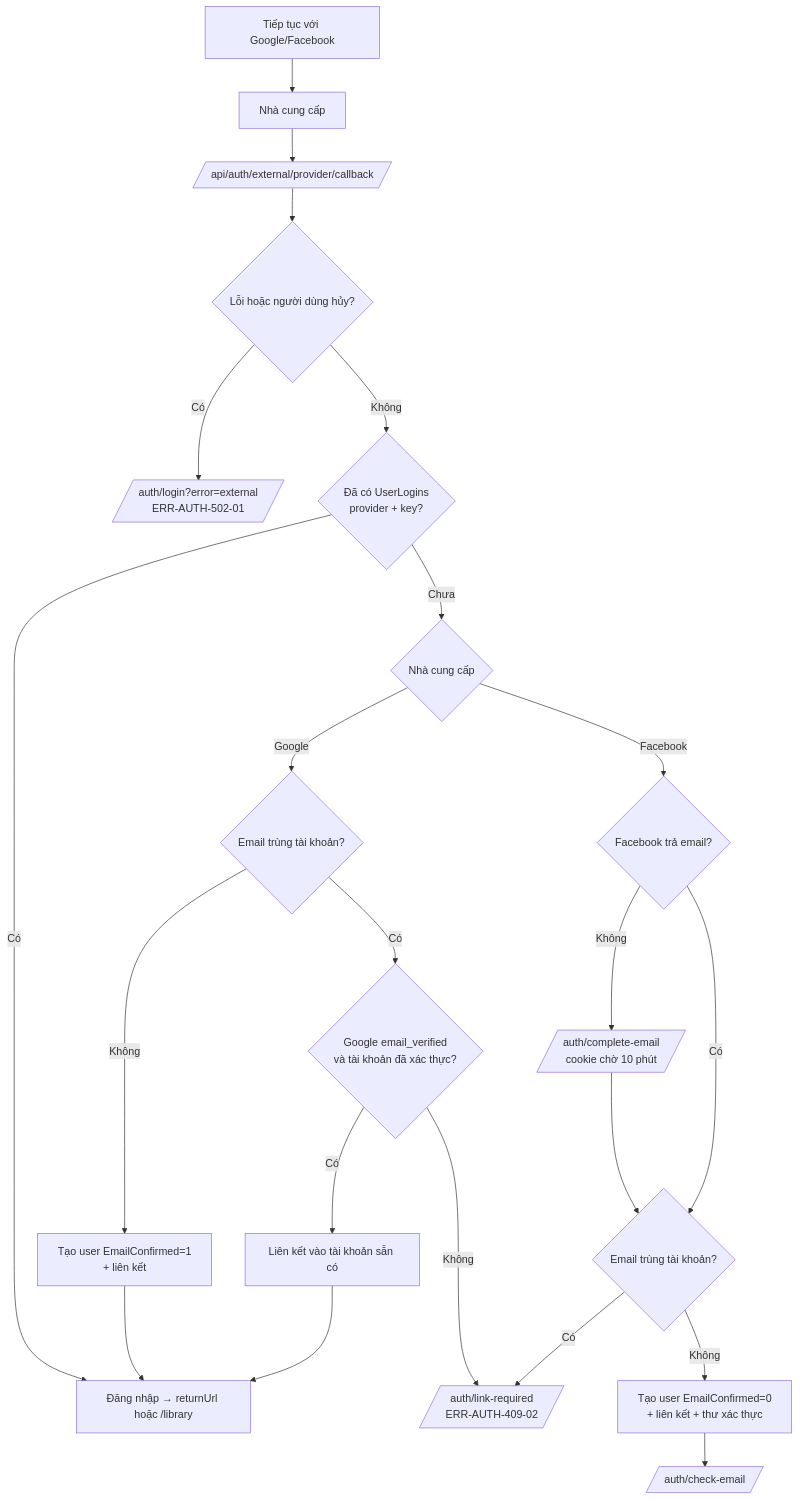
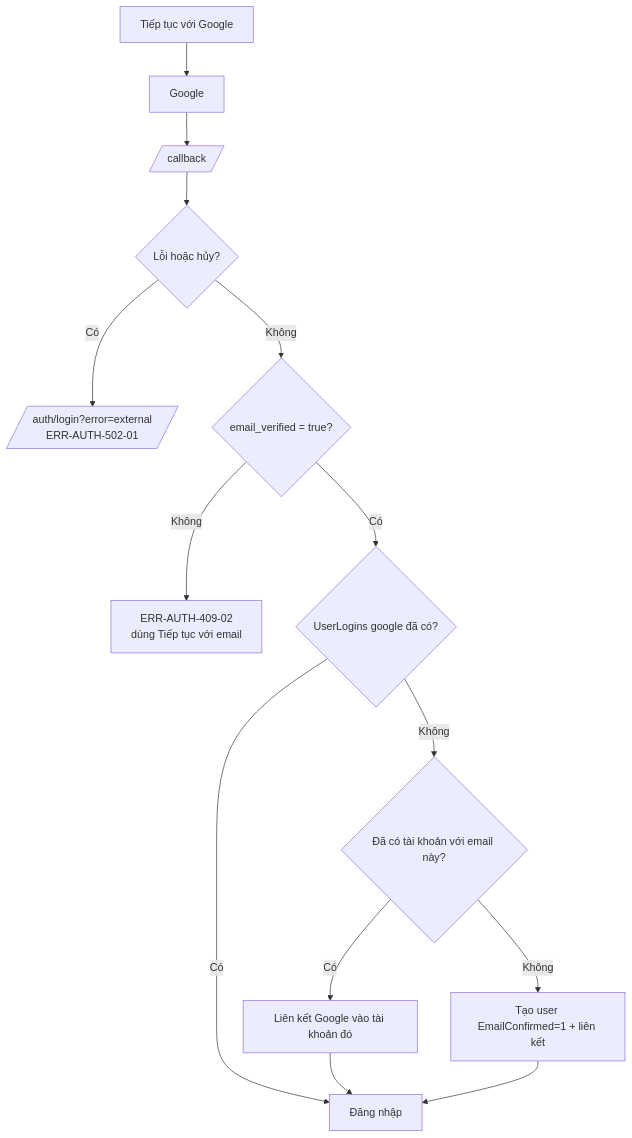
Before and after one commit to pamela172103/Lingozi: the second of 9 diagrams in docs/features/accounts/design/flows.md, drawn with Mermaid. The commit also changed other lines of this file and 15 other files, not shown here.

````diff
--- a/docs/features/accounts/design/flows.md
+++ b/docs/features/accounts/design/flows.md
@@ -24,19 +32,13 @@
 ```mermaid
 flowchart TD
-    S[Tiếp tục với Google/Facebook] --> P[Nhà cung cấp] --> CB[/api/auth/external/provider/callback/]
-    CB --> X{Lỗi hoặc người dùng hủy?}
+    S[Tiếp tục với Google] --> P[Google] --> CB[/callback/]
+    CB --> X{Lỗi hoặc hủy?}
     X -- Có --> E1[/auth/login?error=external<br/>ERR-AUTH-502-01/]
-    X -- Không --> L{Đã có UserLogins<br/>provider + key?}
-    L -- Có --> OK[Đăng nhập → returnUrl hoặc /library]
-    L -- Chưa --> G{Nhà cung cấp}
-    G -- Google --> GE{Email trùng tài khoản?}
-    GE -- Không --> GN[Tạo user EmailConfirmed=1<br/>+ liên kết] --> OK
-    GE -- Có --> GV{Google email_verified<br/>và tài khoản đã xác thực?}
-    GV -- Có --> GL[Liên kết vào tài khoản sẵn có] --> OK
-    GV -- Không --> LR[/auth/link-required<br/>ERR-AUTH-409-02/]
-    G -- Facebook --> FE{Facebook trả email?}
-    FE -- Không --> CE[/auth/complete-email<br/>cookie chờ 10 phút/] --> FE2
-    FE -- Có --> FE2{Email trùng tài khoản?}
-    FE2 -- Có --> LR
-    FE2 -- Không --> FN[Tạo user EmailConfirmed=0<br/>+ liên kết + thư xác thực] --> CK[/auth/check-email/]
+    X -- Không --> V{email_verified = true?}
+    V -- Không --> E2[ERR-AUTH-409-02<br/>dùng Tiếp tục với email]
+    V -- Có --> L{UserLogins google đã có?}
+    L -- Có --> OK[Đăng nhập]
+    L -- Không --> M{Đã có tài khoản với email này?}
+    M -- Có --> LK[Liên kết Google vào tài khoản đó] --> OK
+    M -- Không --> NEW[Tạo user EmailConfirmed=1 + liên kết] --> OK
 ```
````
